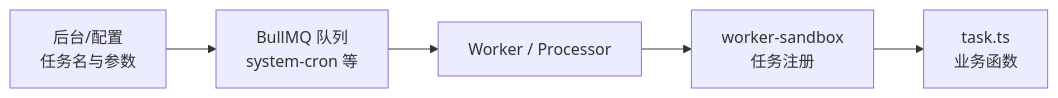
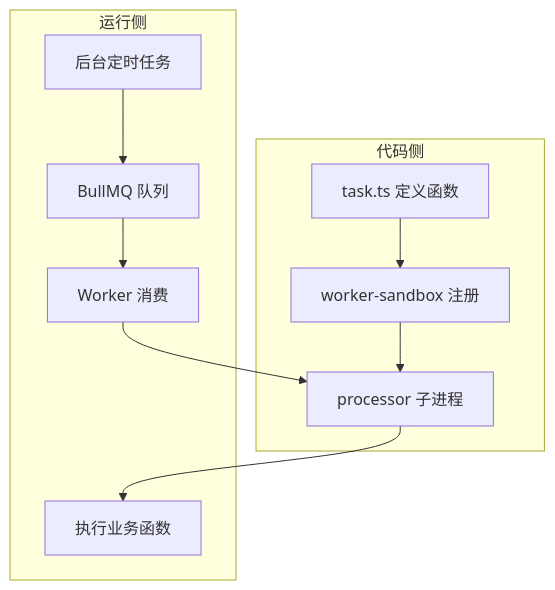
Before and after one commit to meishanlaoyao/elysia-admin: the diagram in docs/guide/cron.md, drawn with Mermaid. The commit also changed other lines of this file and 38 other files, not shown here.

Commit message:
update: add module/page scaffolding (create:module/create:page with Drizzle Schema, --schema, --dry-run), script templates and tests; add AI_MODULE_SCAFFOLD.md; update AI workflow, Cursor Skill, IDE rules, and AI dev guide with scaffolding recommendations

````diff
--- a/docs/guide/cron.md
+++ b/docs/guide/cron.md
@@ -120,7 +22,13 @@
 ```mermaid
-flowchart LR
-    CFG[后台/配置<br/>任务名与参数] --> Q[BullMQ 队列<br/>system-cron 等]
-    Q --> W[Worker / Processor]
-    W --> SB[worker-sandbox<br/>任务注册]
-    SB --> T[task.ts<br/>业务函数]
+flowchart TD
+    subgraph 代码侧
+        T[task.ts 定义函数] --> SB[worker-sandbox 注册]
+        SB --> P[processor 子进程]
+    end
+    subgraph 运行侧
+        UI[后台定时任务] --> Q[BullMQ 队列]
+        Q --> W[Worker 消费]
+        W --> P
+        P --> Fn[执行业务函数]
+    end
 ```
````
